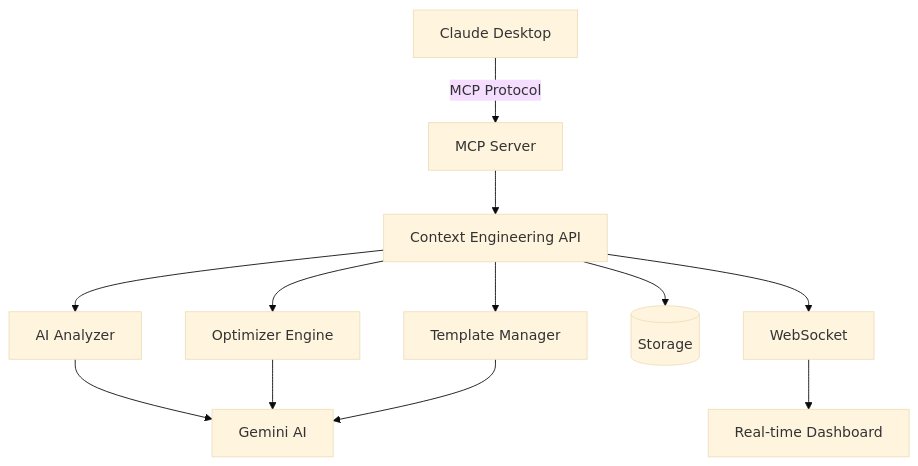
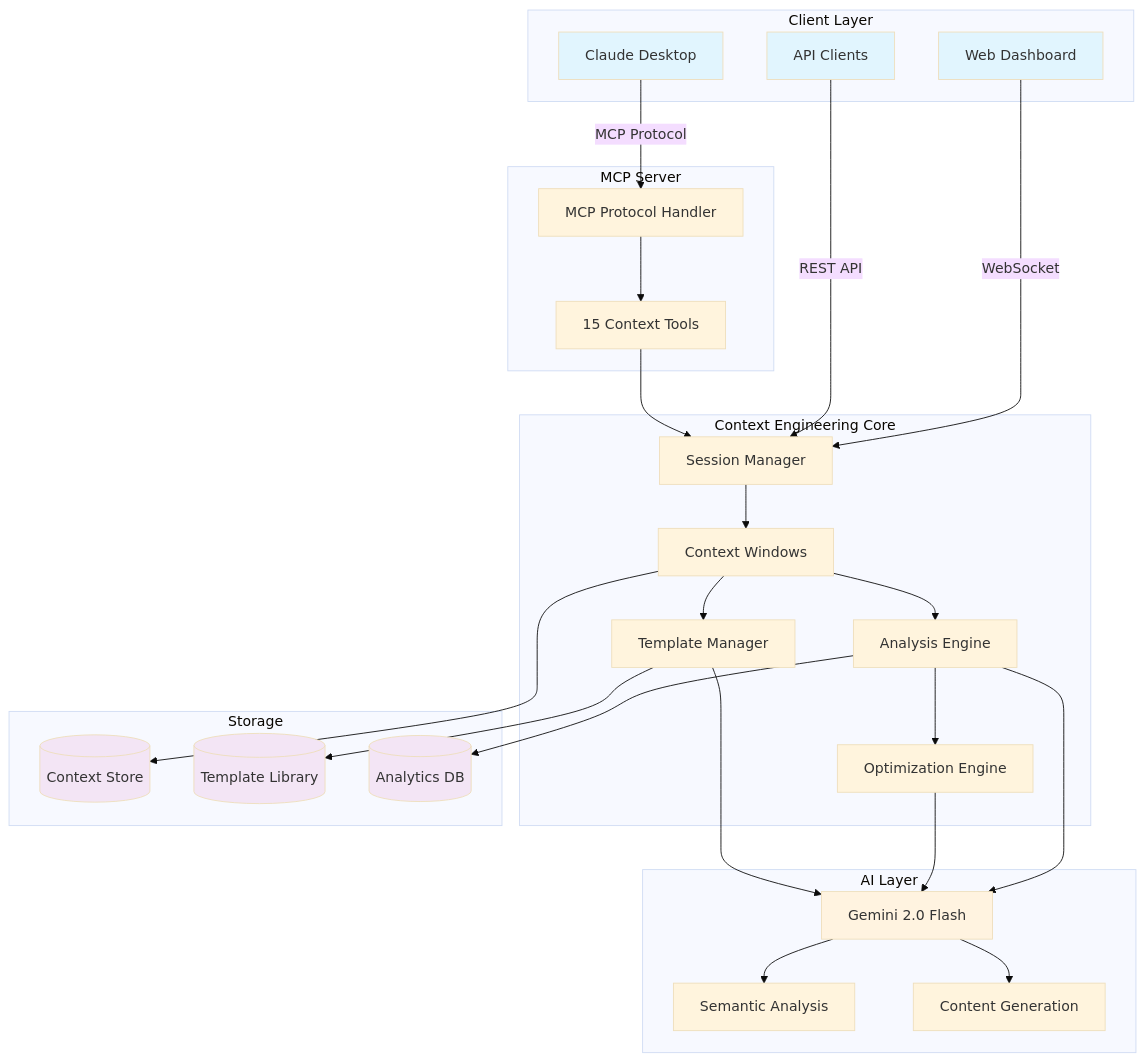
Before and after one commit to ShunsukeHayashi/context_-engineering_MCP: the diagram in README.md, drawn with Mermaid (base theme). The commit also changed other lines of this file and 2 other files, not shown here.

````diff
--- a/README.md
+++ b/README.md
@@ -195,14 +540,64 @@
 ```mermaid
 graph TB
-    A[Claude Desktop] -->|MCP Protocol| B[MCP Server]
-    B --> C[Context Engineering API]
-    C --> D[AI Analyzer]
-    C --> E[Optimizer Engine]
-    C --> F[Template Manager]
-    D --> G[Gemini AI]
-    E --> G
+    subgraph "Client Layer"
+        A[Claude Desktop]
+        B[Web Dashboard]
+        C[API Clients]
+    end
+    
+    subgraph "MCP Server"
+        D[MCP Protocol Handler]
+        E[15 Context Tools]
+    end
+    
+    subgraph "Context Engineering Core"
+        F[Session Manager]
+        G[Context Windows]
+        H[Analysis Engine]
+        I[Optimization Engine]
+        J[Template Manager]
+    end
+    
+    subgraph "AI Layer"
+        K[Gemini 2.0 Flash]
+        L[Semantic Analysis]
+        M[Content Generation]
+    end
+    
+    subgraph "Storage"
+        N[(Context Store)]
+        O[(Template Library)]
+        P[(Analytics DB)]
+    end
+    
+    A -->|MCP Protocol| D
+    B -->|WebSocket| F
+    C -->|REST API| F
+    
+    D --> E
+    E --> F
+    
     F --> G
-    C --> H[(Storage)]
-    C --> I[WebSocket]
-    I --> J[Real-time Dashboard]
+    G --> H
+    H --> I
+    G --> J
+    
+    H --> K
+    I --> K
+    J --> K
+    
+    K --> L
+    K --> M
+    
+    G --> N
+    J --> O
+    H --> P
+    
+    style A fill:#e1f5fe
+    style B fill:#e1f5fe
+    style C fill:#e1f5fe
+    style K fill:#fff3e0
+    style N fill:#f3e5f5
+    style O fill:#f3e5f5
+    style P fill:#f3e5f5
 ```
````
